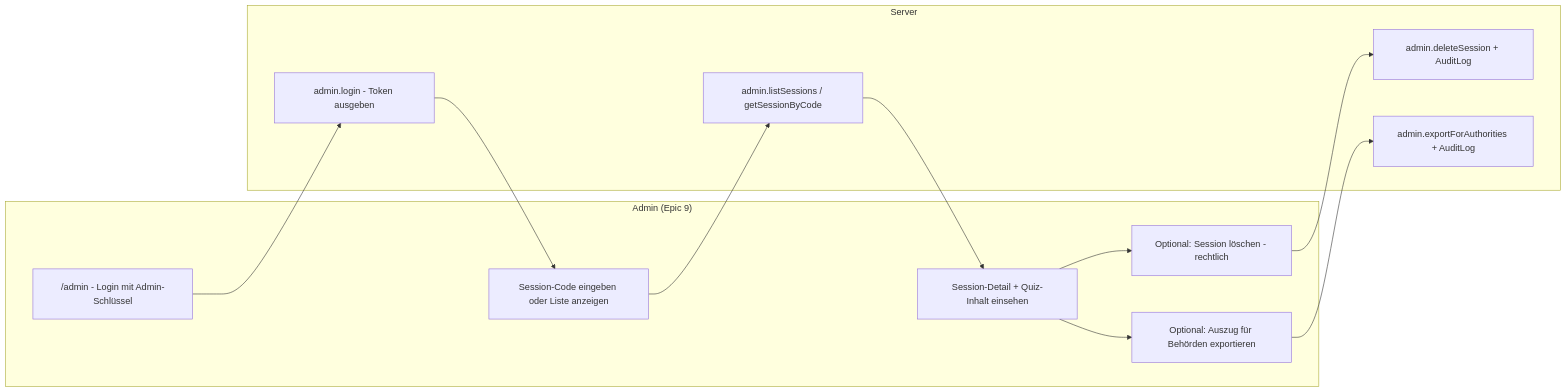
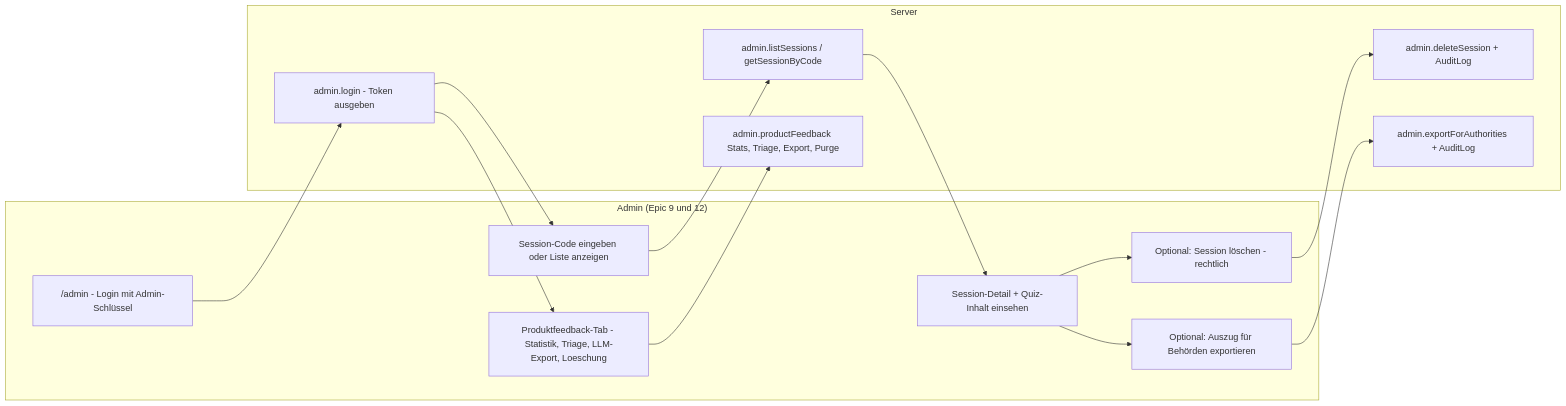
Diagram 20 of 21 in docs/diagrams/diagrams.md (kqc-real/arsnova.eu), drawn with Mermaid before and after one commit. The commit also changed other lines of this file and 18 other files, not shown here.

````diff
--- a/docs/diagrams/diagrams.md
+++ b/docs/diagrams/diagrams.md
@@ -977,25 +1086,28 @@
 ```mermaid
 %%{init: {'flowchart': {'curve': 'basis', 'nodeSpacing': 64, 'rankSpacing': 96, 'padding': 20}}}%%
 flowchart LR
-    subgraph Admin["Admin (Epic 9)"]
+    subgraph Admin["Admin (Epic 9 und 12)"]
         A1["/admin - Login mit Admin-Schlüssel"]
         A2[Session-Code eingeben oder Liste anzeigen]
         A3[Session-Detail + Quiz-Inhalt einsehen]
         A4[Optional: Session löschen - rechtlich]
         A5[Optional: Auszug für Behörden exportieren]
+        A6[Produktfeedback-Tab - Statistik, Triage, LLM-Export, Loeschung]
     end
 
     subgraph Server["Server"]
         S7["admin.login - Token ausgeben"]
         S8["admin.listSessions / getSessionByCode"]
         S9["admin.deleteSession + AuditLog"]
         S10["admin.exportForAuthorities + AuditLog"]
+        S11["admin.productFeedback Stats, Triage, Export, Purge"]
     end
 
     A1 --> S7
     S7 --> A2 --> S8 --> A3
     A3 --> A4
     A4 --> S9
     A3 --> A5
     A5 --> S10
+    S7 --> A6 --> S11
 ```
````
